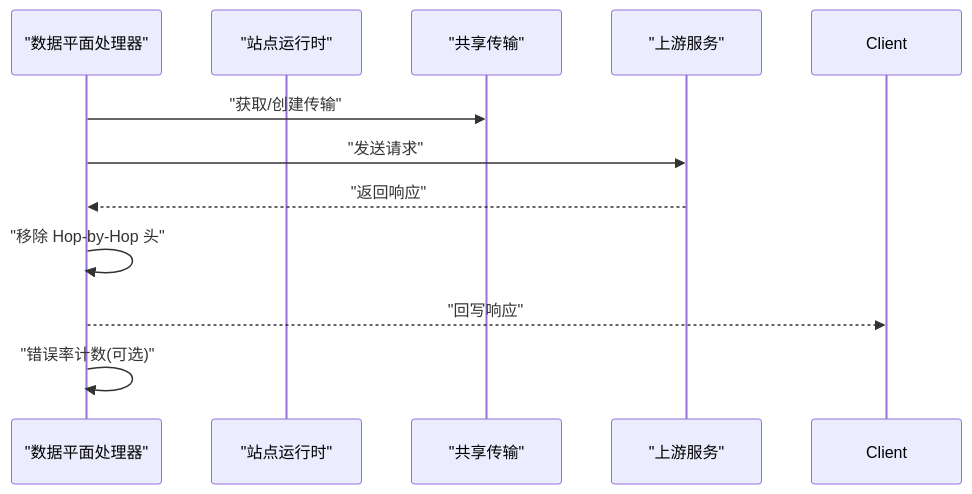
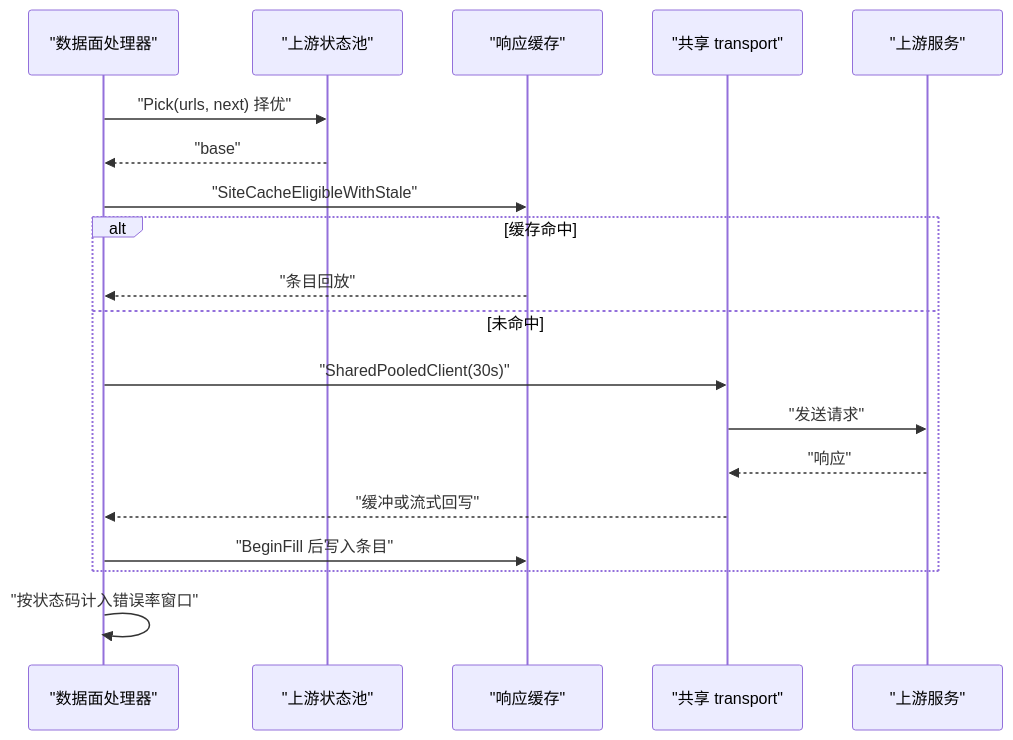
The seventh of 10 diagrams in docs/数据平面处理/请求处理流程.md (x01n/My-OpenWaf), drawn with Mermaid before and after one commit. The commit also changed other lines of this file and 622 other files, not shown here.

````diff
--- a/docs/数据平面处理/请求处理流程.md
+++ b/docs/数据平面处理/请求处理流程.md
@@ -301,13 +389,21 @@
 ```mermaid
 sequenceDiagram
-participant DP as "数据平面处理器"
-participant RT as "站点运行时"
-participant TR as "共享传输"
+participant DP as "数据面处理器"
+participant UP as "上游状态池"
+participant CA as "响应缓存"
+participant TR as "共享 transport"
 participant US as "上游服务"
-DP->>TR : "获取/创建传输"
-DP->>US : "发送请求"
-US-->>DP : "返回响应"
-DP->>DP : "移除 Hop-by-Hop 头"
-DP-->>Client : "回写响应"
-DP->>DP : "错误率计数(可选)"
+DP->>UP : "Pick(urls, next) 择优"
+UP-->>DP : "base"
+DP->>CA : "SiteCacheEligibleWithStale"
+alt 缓存命中
+CA-->>DP : "条目回放"
+else 未命中
+DP->>TR : "SharedPooledClient(30s)"
+TR->>US : "发送请求"
+US-->>TR : "响应"
+TR-->>DP : "缓冲或流式回写"
+DP->>CA : "BeginFill 后写入条目"
+end
+DP->>DP : "按状态码计入错误率窗口"
 ```
````
